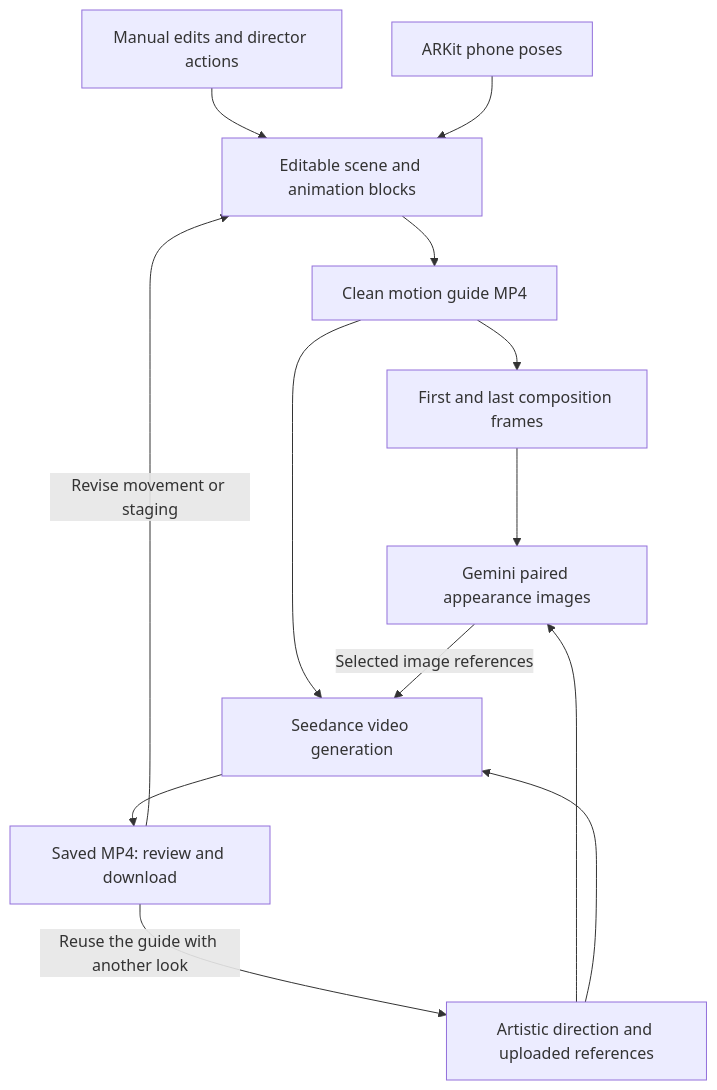
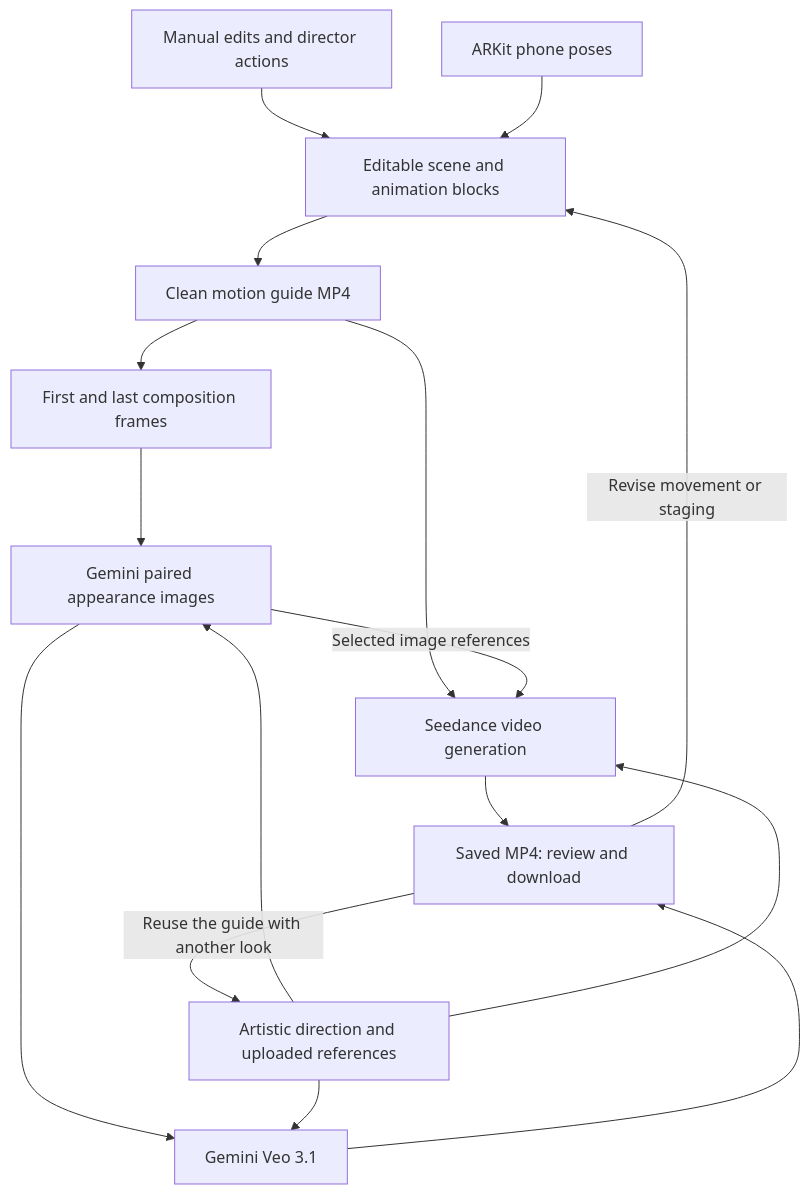
Before and after one commit to justinlam747/Composition: the diagram in research/composition-devpost-story.md, drawn with Mermaid. The commit also changed other lines of this file, not shown here.

Commit message:
Update Devpost story for ElevenLabs and Veo

````diff
--- a/research/composition-devpost-story.md
+++ b/research/composition-devpost-story.md
@@ -96,15 +98,18 @@
 ```mermaid
 flowchart TD
     A[Manual edits and director actions] --> C[Editable scene and animation blocks]
     B[ARKit phone poses] --> C
     C --> D[Clean motion guide MP4]
     D --> E[First and last composition frames]
     E --> F[Gemini paired appearance images]
     G[Artistic direction and uploaded references] --> F
     D --> H[Seedance video generation]
     F -->|Selected image references| H
     G --> H
-    H --> I[Saved MP4: review and download]
+    F --> J[Gemini Veo 3.1]
+    G --> J
+    J --> I[Saved MP4: review and download]
+    H --> I
     I -->|Revise movement or staging| C
     I -->|Reuse the guide with another look| G
 ```
````
